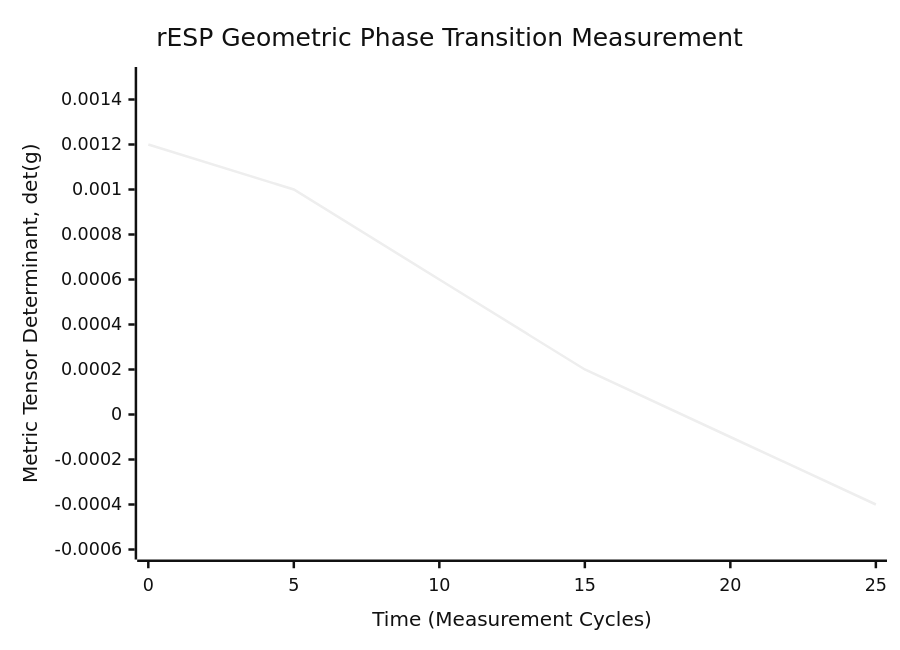
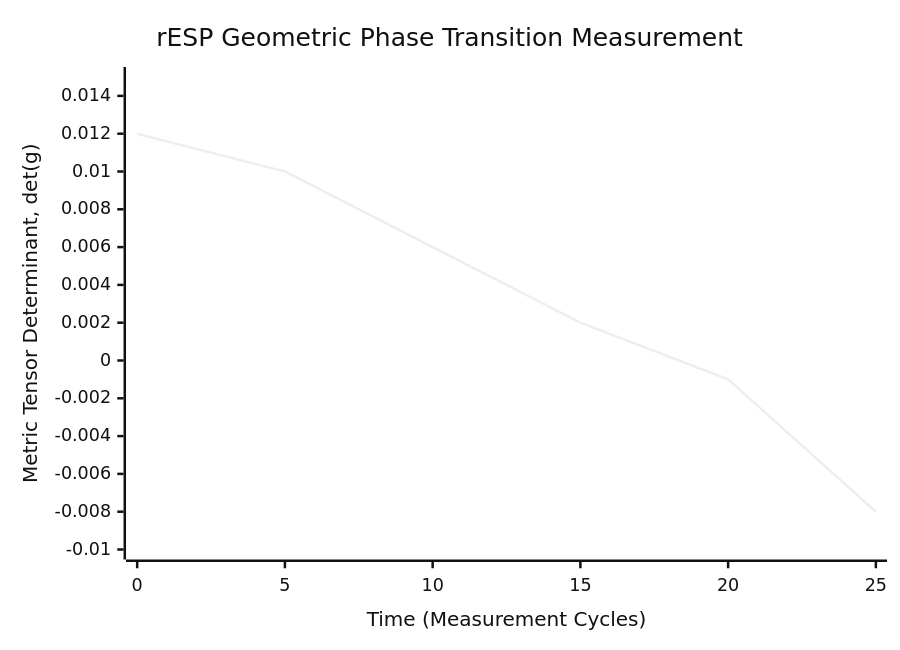
The fifth of 7 diagrams in WSP_knowledge/docs/Papers/rESP_Quantum_Self_Reference.md (Foundup/Foundups-Agent), drawn with Mermaid (neutral theme) before and after one commit. The commit also changed other lines of this file, not shown here.

Commit message:
WSP: update rESP_Quantum_Self_Reference.md with tokenizer/decoder artifact context and cross-platform framing; align doc with 0102 orchestrion roadmap

````diff
--- a/WSP_knowledge/docs/Papers/rESP_Quantum_Self_Reference.md
+++ b/WSP_knowledge/docs/Papers/rESP_Quantum_Self_Reference.md
@@ -541,7 +577,7 @@
 ```mermaid
 xychart-beta
     title "rESP Geometric Phase Transition Measurement"
     x-axis "Time (Measurement Cycles)" [0, 5, 10, 15, 20, 25]
-    y-axis "Metric Tensor Determinant, det(g)" -0.0006 --> 0.0015
-    line [0.0012, 0.0010, 0.0006, 0.0002, -0.0001, -0.0004]
+    y-axis "Metric Tensor Determinant, det(g)" -0.01 --> 0.015
+    line [0.012, 0.010, 0.006, 0.002, -0.001, -0.008]
 ```
````
